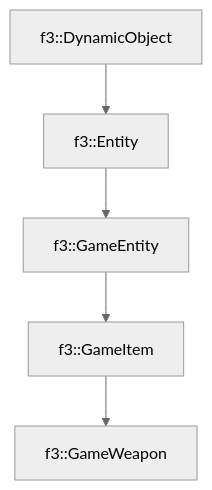
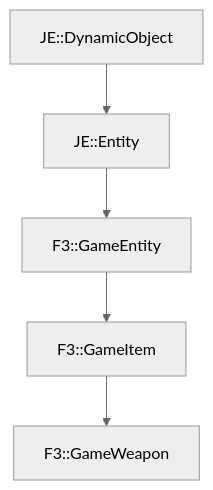
Before and after one commit to OpenJE/openvb: the diagram in docs/f3/GameWeapon.md, drawn with Mermaid (neutral theme). The commit also changed other lines of this file and 1399 other files, not shown here.

````diff
--- a/docs/f3/GameWeapon.md
+++ b/docs/f3/GameWeapon.md
@@ -19,7 +19,7 @@
 ```mermaid
 graph TD;
-    f3::DynamicObject --> f3::Entity
-    f3::Entity --> f3::GameEntity
-    f3::GameEntity --> f3::GameItem
-    f3::GameItem --> f3::GameWeapon
+    JE::DynamicObject --> JE::Entity
+    JE::Entity --> F3::GameEntity
+    F3::GameEntity --> F3::GameItem
+    F3::GameItem --> F3::GameWeapon
 ```
````
